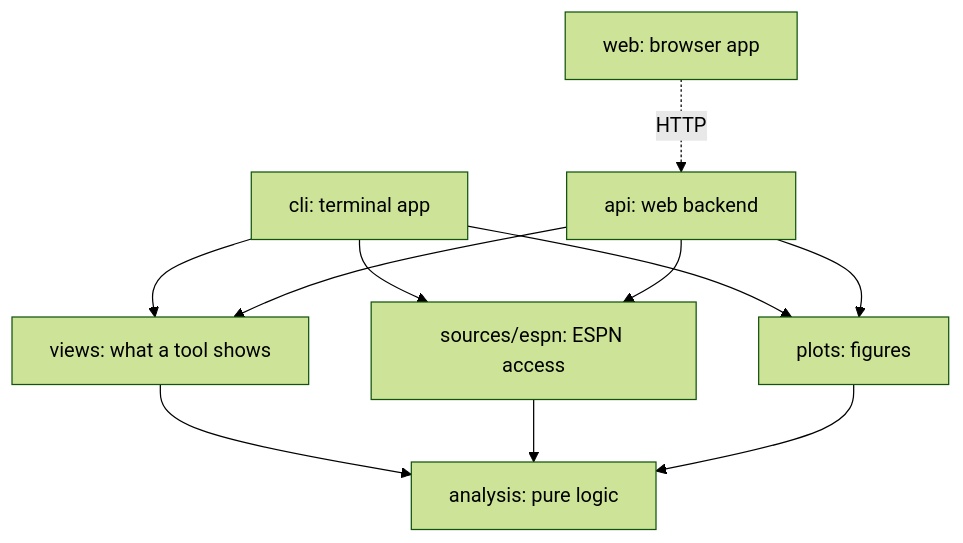
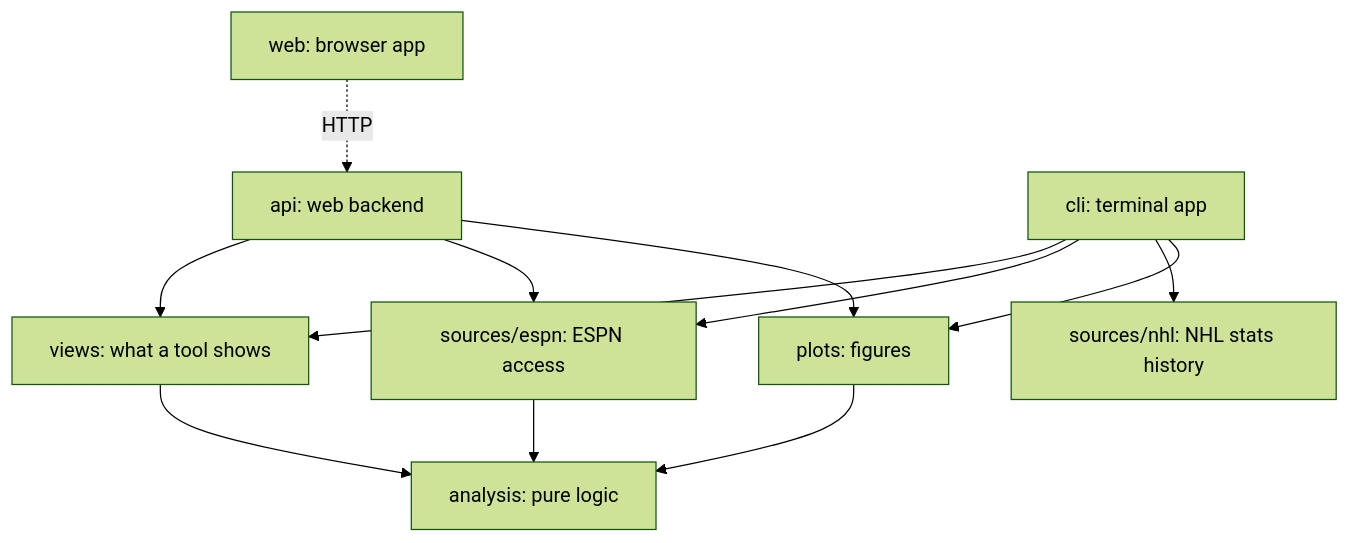
The diagram in docs/architecture.md (dubi-d/fantasyNHL), drawn with Mermaid (forest theme) before and after one commit. The commit also changed other lines of this file and 10 other files, not shown here.

````diff
--- a/docs/architecture.md
+++ b/docs/architecture.md
@@ -9,14 +9,15 @@
 ```mermaid
 flowchart TD
     web["web: browser app"] -. HTTP .-> api
     cli["cli: terminal app"] --> views
     api["api: web backend"] --> views
     cli --> espn
     api --> espn
+    cli --> nhl["sources/nhl: NHL stats history"]
     cli --> plots
     api --> plots
     views["views: what a tool shows"] --> analysis
     espn["sources/espn: ESPN access"] --> analysis
     plots["plots: figures"] --> analysis
     analysis["analysis: pure logic"]
 ```
````
